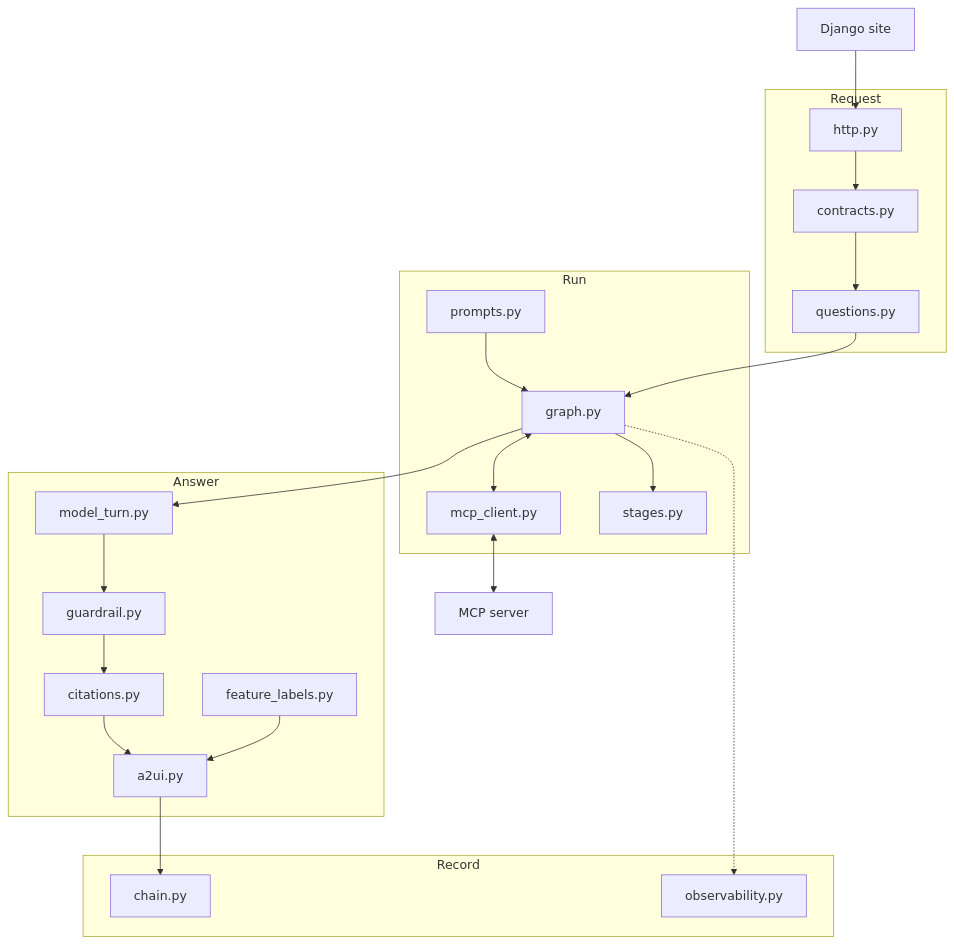
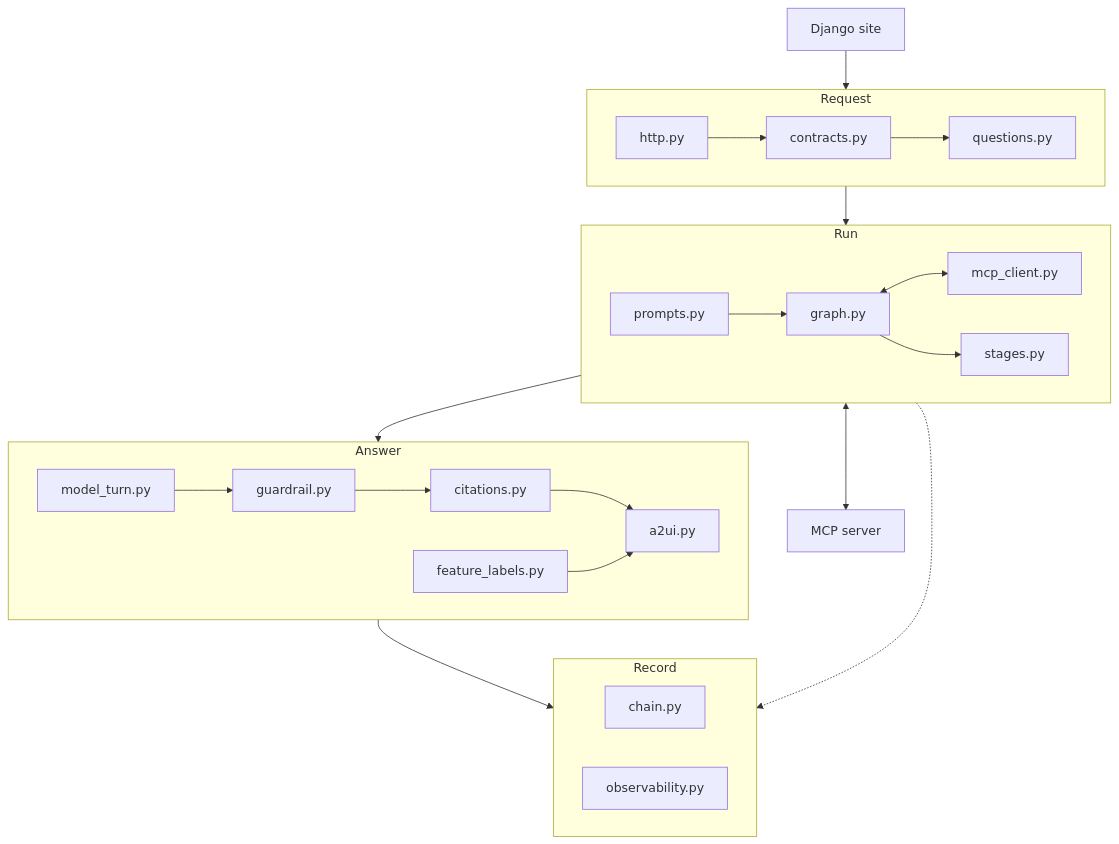
Before and after one commit to DanHerman212/enterprise_clinical_copilot: the diagram in services/agent/README.md, drawn with Mermaid. The commit also changed other lines of this file and 1 other file, not shown here.

Commit message:
updated mermaid diagrams and table descriptions

````diff
--- a/services/agent/README.md
+++ b/services/agent/README.md
@@ -11,33 +12,36 @@
 ```mermaid
 flowchart TD
   caller["Django site"]
 
   subgraph req["Request"]
+    direction LR
     http["http.py"] --> contracts["contracts.py"] --> questions["questions.py"]
   end
 
   subgraph run["Run"]
-    prompts["prompts.py"] --> flow["graph.py"]
-    flow <--> mcp["mcp_client.py"]
+    direction LR
+    prompts["prompts.py"] --> flow["graph.py"] <--> mcp["mcp_client.py"]
     flow --> stages["stages.py"]
   end
 
   subgraph ans["Answer"]
+    direction LR
     turn["model_turn.py"] --> guard["guardrail.py"] --> cites["citations.py"] --> canvas["a2ui.py"]
     labels["feature_labels.py"] --> canvas
   end
 
   subgraph rec["Record"]
+    direction LR
     chain["chain.py"]
     obs["observability.py"]
   end
 
   tools["MCP server"]
 
   caller --> http
   questions --> flow
   flow --> turn
   mcp <--> tools
   canvas --> chain
   flow -.-> obs
 ```
````
